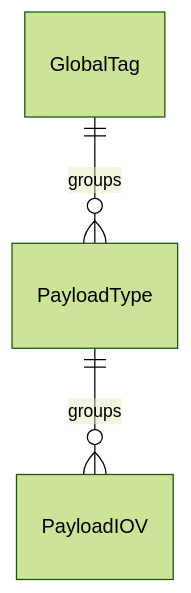
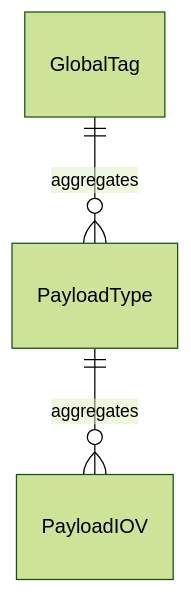
One commit to hsf-training/hsf-training-databases-basics changed the diagram in _episodes/06-conditions-database.md. Above: the diagram before and after it, drawn with Mermaid (forest theme).

````diff
--- a/_episodes/06-conditions-database.md
+++ b/_episodes/06-conditions-database.md
@@ -52,5 +52,5 @@
 ```mermaid
 erDiagram
-    GlobalTag ||--o{ PayloadType : groups
-    PayloadType ||--o{ PayloadIOV : groups
+    GlobalTag ||--o{ PayloadType : aggregates
+    PayloadType ||--o{ PayloadIOV : aggregates
 ```
````
